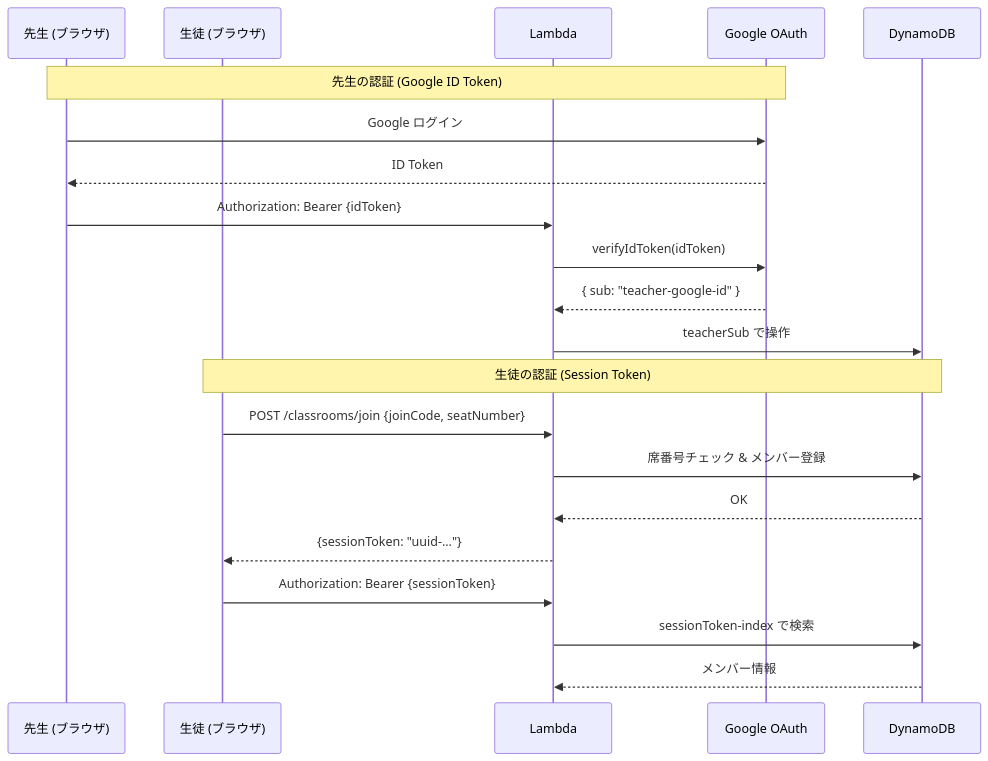
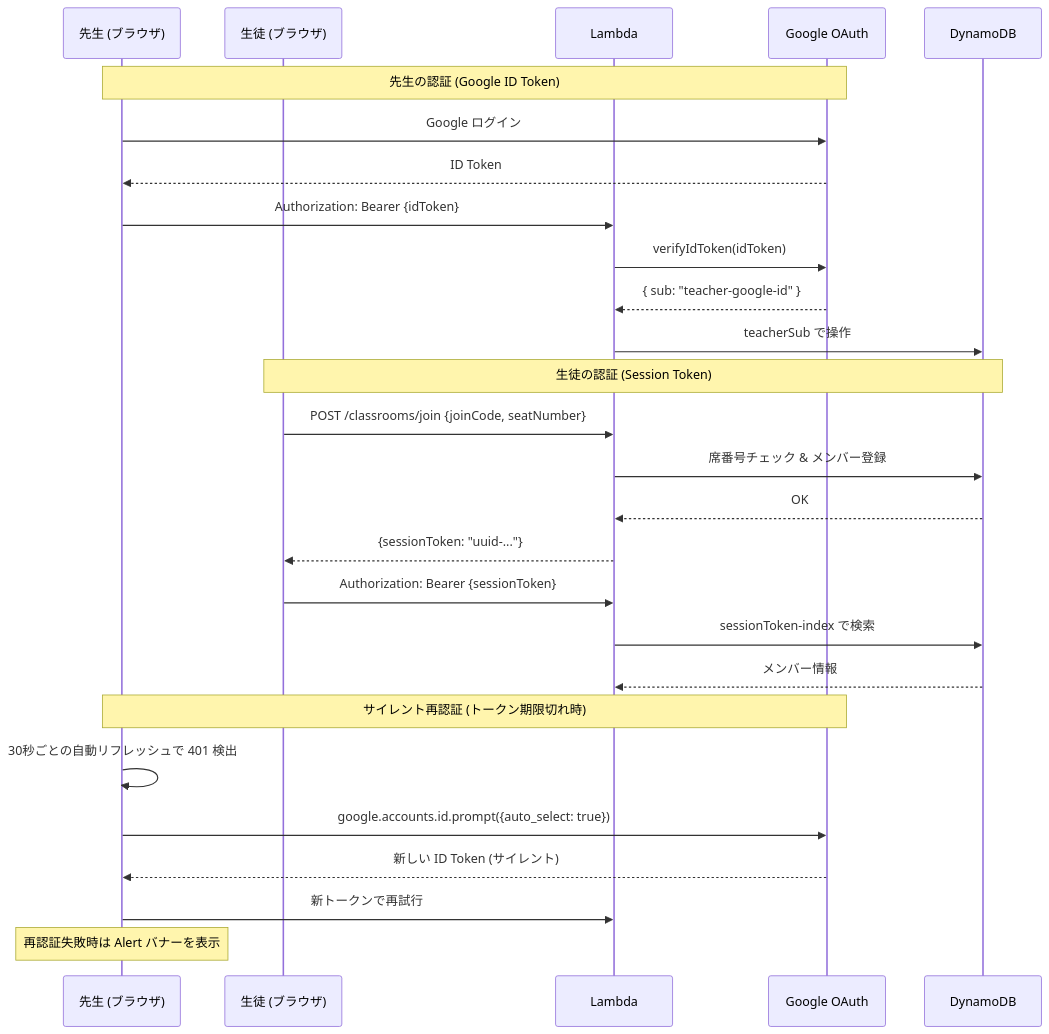
The second of 5 diagrams in docs/classroom/architecture.md (smalruby/smalruby3-editor), drawn with Mermaid before and after one commit. The commit also changed other lines of this file and 15 other files, not shown here.

````diff
--- a/docs/classroom/architecture.md
+++ b/docs/classroom/architecture.md
@@ -43,25 +43,32 @@
 ```mermaid
 sequenceDiagram
     participant T as 先生 (ブラウザ)
     participant S as 生徒 (ブラウザ)
     participant API as Lambda
     participant G as Google OAuth
     participant DB as DynamoDB
 
     Note over T,G: 先生の認証 (Google ID Token)
     T->>G: Google ログイン
     G-->>T: ID Token
     T->>API: Authorization: Bearer {idToken}
     API->>G: verifyIdToken(idToken)
     G-->>API: { sub: "teacher-google-id" }
     API->>DB: teacherSub で操作
 
     Note over S,DB: 生徒の認証 (Session Token)
     S->>API: POST /classrooms/join {joinCode, seatNumber}
     API->>DB: 席番号チェック & メンバー登録
     DB-->>API: OK
     API-->>S: {sessionToken: "uuid-..."}
     S->>API: Authorization: Bearer {sessionToken}
     API->>DB: sessionToken-index で検索
     DB-->>API: メンバー情報
+
+    Note over T,G: サイレント再認証 (トークン期限切れ時)
+    T->>T: 30秒ごとの自動リフレッシュで 401 検出
+    T->>G: google.accounts.id.prompt({auto_select: true})
+    G-->>T: 新しい ID Token (サイレント)
+    T->>API: 新トークンで再試行
+    Note over T: 再認証失敗時は Alert バナーを表示
 ```
````
